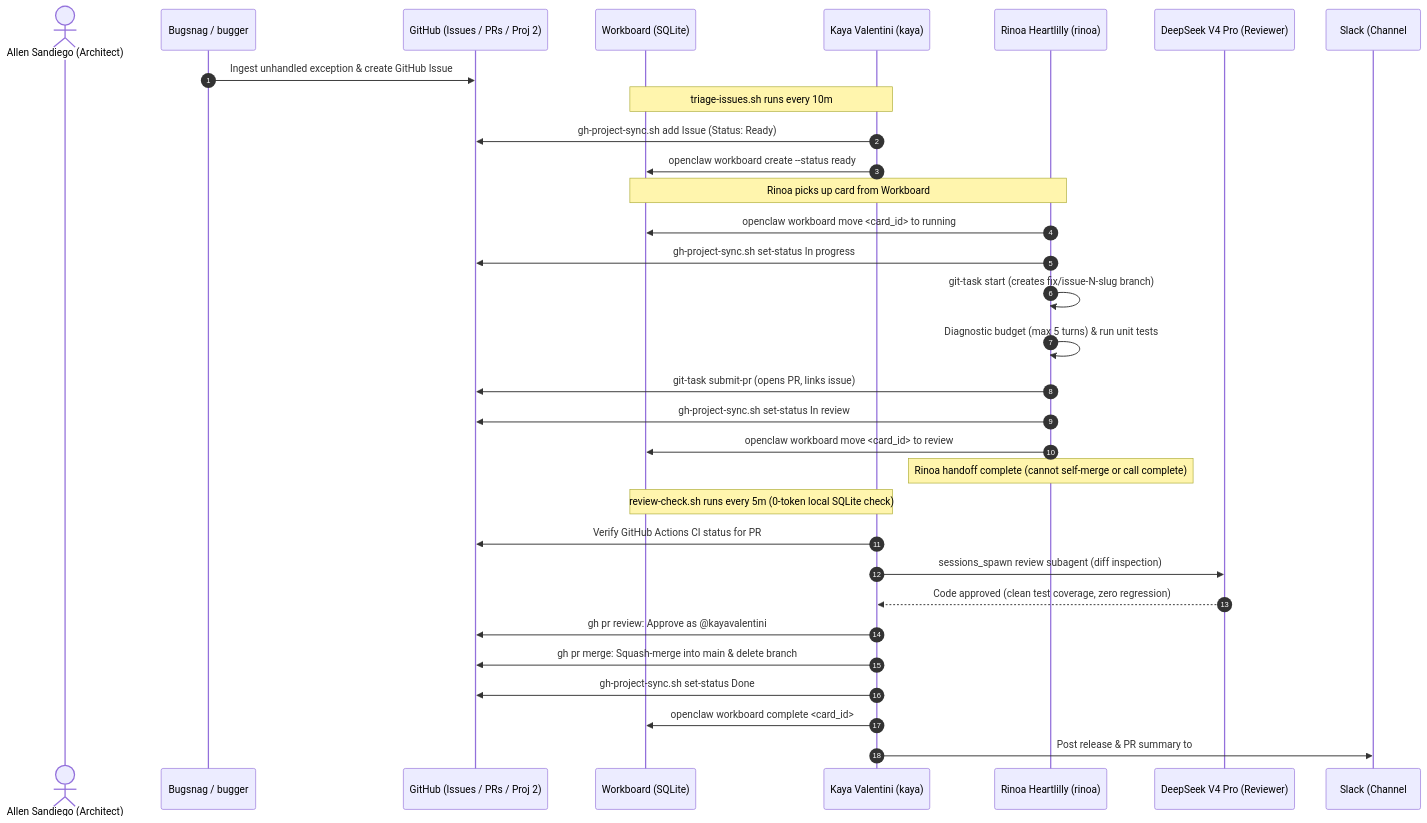
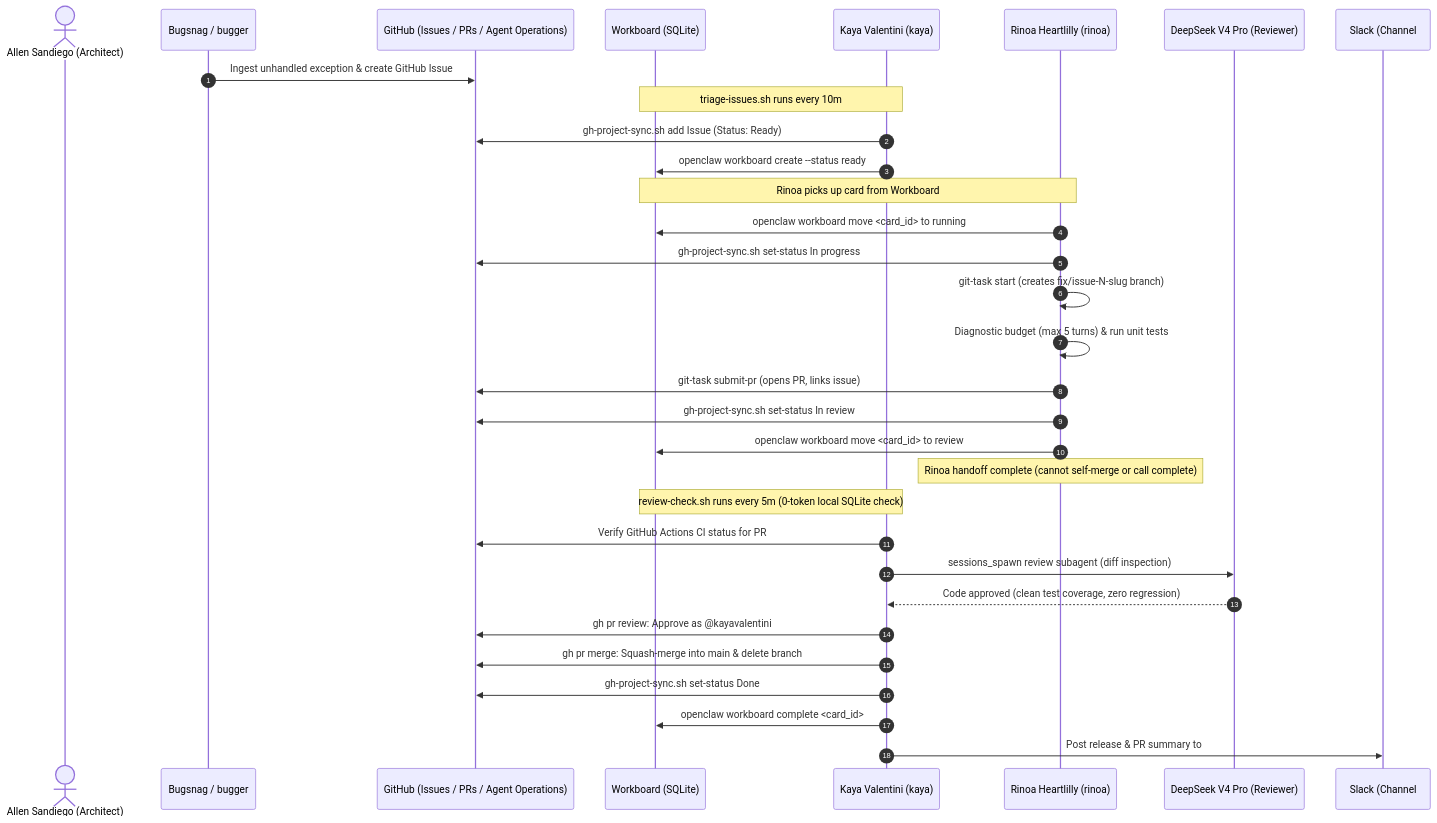
One commit to allensandiego/page changed the second of 2 diagrams in _posts/2026-09-13-autonomous-bug-fixing-openclaw-workboard-multi-agent-code-review.md. Above: the diagram before and after it, drawn with Mermaid. The commit also changed other lines of this file, not shown here.

Commit message:
docs: rename Project 2 to Agent Operations in diagrams and live links

````diff
--- a/_posts/2026-09-13-autonomous-bug-fixing-openclaw-workboard-multi-agent-code-review.md
+++ b/_posts/2026-09-13-autonomous-bug-fixing-openclaw-workboard-multi-agent-code-review.md
@@ -111,37 +111,37 @@
 ```mermaid
 sequenceDiagram
     autonumber
     actor User as Allen Sandiego (Architect)
     participant Bugsnag as Bugsnag / bugger
-    participant GH as GitHub (Issues / PRs / Proj 2)
+    participant GH as GitHub (Issues / PRs / Agent Operations)
     participant WB as Workboard (SQLite)
     participant Kaya as Kaya Valentini (kaya)
     participant Rinoa as Rinoa Heartlilly (rinoa)
     participant DeepSeek as DeepSeek V4 Pro (Reviewer)
     participant Slack as Slack (Channel #deployments)
 
     Bugsnag->>GH: Ingest unhandled exception & create GitHub Issue
     Note over Kaya,WB: triage-issues.sh runs every 10m
     Kaya->>GH: gh-project-sync.sh add Issue (Status: Ready)
     Kaya->>WB: openclaw workboard create --status ready
 
     Note over Rinoa,WB: Rinoa picks up card from Workboard
     Rinoa->>WB: openclaw workboard move <card_id> to running
     Rinoa->>GH: gh-project-sync.sh set-status In progress
     Rinoa->>Rinoa: git-task start (creates fix/issue-N-slug branch)
     Rinoa->>Rinoa: Diagnostic budget (max 5 turns) & run unit tests
     Rinoa->>GH: git-task submit-pr (opens PR, links issue)
     Rinoa->>GH: gh-project-sync.sh set-status In review
     Rinoa->>WB: openclaw workboard move <card_id> to review
     Note over Rinoa: Rinoa handoff complete (cannot self-merge or call complete)
 
     Note over Kaya,WB: review-check.sh runs every 5m (0-token local SQLite check)
     Kaya->>GH: Verify GitHub Actions CI status for PR
     Kaya->>DeepSeek: sessions_spawn review subagent (diff inspection)
     DeepSeek-->>Kaya: Code approved (clean test coverage, zero regression)
     Kaya->>GH: gh pr review: Approve as @kayavalentini
     Kaya->>GH: gh pr merge: Squash-merge into main & delete branch
     Kaya->>GH: gh-project-sync.sh set-status Done
     Kaya->>WB: openclaw workboard complete <card_id>
     Kaya->>Slack: Post release & PR summary to #deployments
 ```
````
